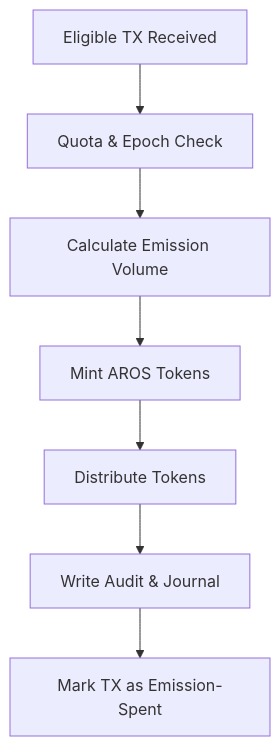
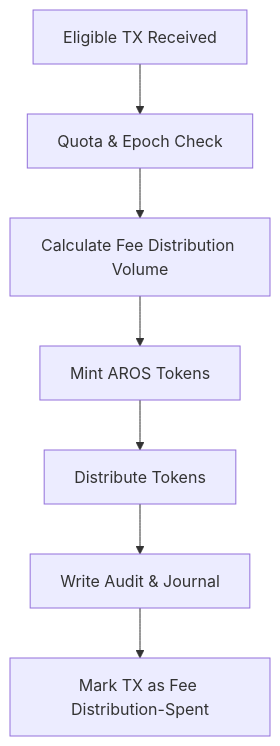
One commit to Aros-Technology-Studio/AST-Aros-Financial-Paradigm changed the diagram in 08_fee_distribution/emission_flow_pipeline.md. Above: the diagram before and after it, drawn with Mermaid. The commit also changed other lines of this file and 69 other files, not shown here.

````diff
--- a/08_fee_distribution/emission_flow_pipeline.md
+++ b/08_fee_distribution/emission_flow_pipeline.md
@@ -77,10 +77,10 @@
 ```mermaid
 flowchart TD
     A[Eligible TX Received] --> B[Quota & Epoch Check]
-    B --> C[Calculate Emission Volume]
+    B --> C[Calculate Fee Distribution Volume]
     C --> D[Mint AROS Tokens]
     D --> E[Distribute Tokens]
     E --> F[Write Audit & Journal]
-    F --> G[Mark TX as Emission-Spent]
+    F --> G[Mark TX as Fee Distribution-Spent]
 
 ```
````
